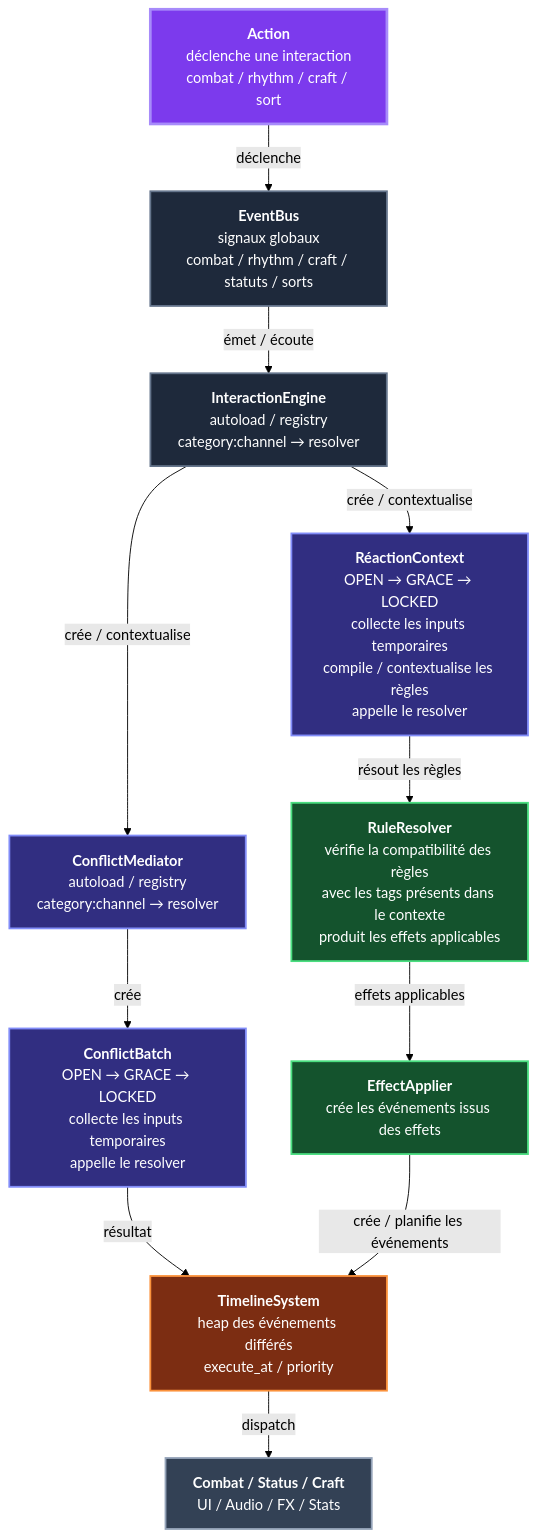
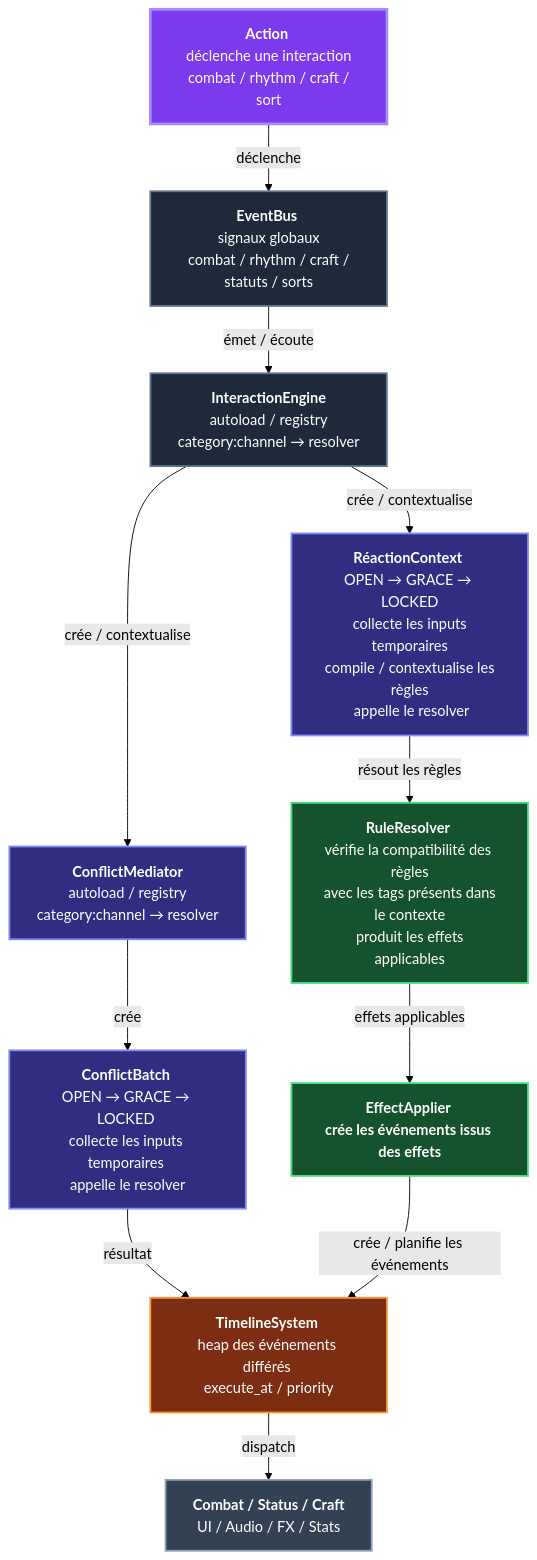
Before and after one commit to PonchioPi/CrossTrinity: the diagram in README.md, drawn with Mermaid (forest theme).

Commit message:
Update README.md
Correction de l'encart Mermaid pour vérifier le fonctionnement des balises.

````diff
--- a/README.md
+++ b/README.md
@@ -175,35 +175,35 @@
 ```mermaid
 flowchart TD 
-ACT["<b>Action</b><br/>déclenche une interaction<br/>combat / rhythm / craft / sort"] 
-EB["<b>EventBus</b><br/>signaux globaux<br/>combat / rhythm / craft / statuts / sorts"] 
-IE["<b>InteractionEngine</b><br/>autoload / registry<br/>category:channel → resolver"]
-RC["<b>RéactionContext</b><br/>OPEN → GRACE → LOCKED<br/>collecte les inputs temporaires<br/>compile / contextualise les règles<br/>appelle le resolver"] 
-RR["<b>RuleResolver</b><br/>vérifie la compatibilité des règles<br/>avec les tags présents dans le contexte<br/>produit les effets applicables"] 
-CM["<b>ConflictMediator</b><br/>autoload / registry<br/>category:channel → resolver"] 
-CB["<b>ConflictBatch</b><br/>OPEN → GRACE → LOCKED<br/>collecte les inputs temporaires<br/>appelle le resolver"] 
-EA["<b>EffectApplier</b><br/>crée les événements issus des effets"] 
-TS["<b>TimelineSystem</b><br/>heap des événements différés<br/>execute_at / priority"] 
-OUT["<b>Combat / Status / Craft</b><br/>UI / Audio / FX / Stats"] 
+ACT["<b>Action</b> <br/>déclenche une interaction<br/> combat / rhythm / craft / sort"] 
+EB["<b>EventBus</b> <br/>signaux globaux<br/> combat / rhythm / craft / statuts / sorts"] 
+IE["<b>InteractionEngine</b> <br/>autoload / registry<br/> category:channel → resolver"]
+RC["<b>RéactionContext</b> <br/>OPEN → GRACE → LOCKED<br/> collecte les inputs temporaires<br/> compile / contextualise les règles<br/> appelle le resolver"] 
+RR["<b>RuleResolver</b> <br/>vérifie la compatibilité des règles<br/> avec les tags présents dans le contexte<br/> produit les effets applicables"] 
+CM["<b>ConflictMediator</b> <br/>autoload / registry <br/>category:channel → resolver"] 
+CB["<b>ConflictBatch</b> <br/>OPEN → GRACE → LOCKED <br/>collecte les inputs temporaires <br/>appelle le resolver"] 
+EA["<b>EffectApplier</> <br/>crée les événements issus des effets"] 
+TS["<b>TimelineSystem</b> <br/>heap des événements différés <br/>execute_at / priority"] 
+OUT["<b>Combat / Status / Craft</b> <br/>UI / Audio / FX / Stats"] 
 ACT -->|"déclenche"| EB 
 EB -->|"émet / écoute"| IE 
 IE -->|"crée / contextualise"| RC 
 IE -->|"crée / contextualise"| CM 
 RC -->|"résout les règles"| RR 
 RR -->|"effets applicables"| EA 
 CM -->|"crée"| CB 
 CB -->|"résultat"| TS 
 EA -->|"crée / planifie les événements"| TS 
 TS -->|"dispatch"| OUT 
 classDef action fill:#7c3aed,color:#fff,stroke:#a78bfa,stroke-width:3px 
 classDef core fill:#1e293b,color:#fff,stroke:#64748b,stroke-width:2px 
 classDef context fill:#312e81,color:#fff,stroke:#818cf8,stroke-width:2px 
 classDef resolver fill:#14532d,color:#fff,stroke:#4ade80,stroke-width:2px 
 classDef timeline fill:#7c2d12,color:#fff,stroke:#fb923c,stroke-width:2px 
 classDef output fill:#334155,color:#fff,stroke:#94a3b8,stroke-width:2px 
 class ACT action; 
 class EB,IE core; 
 class RC,CM,CB context; 
 class RR,EA resolver;
 class TS timeline;
 class OUT output;
 ```
````
